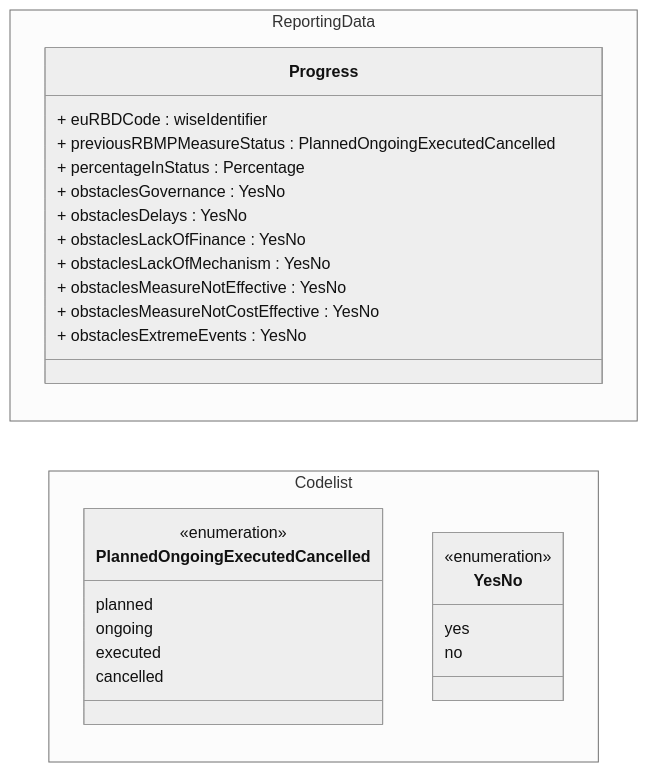
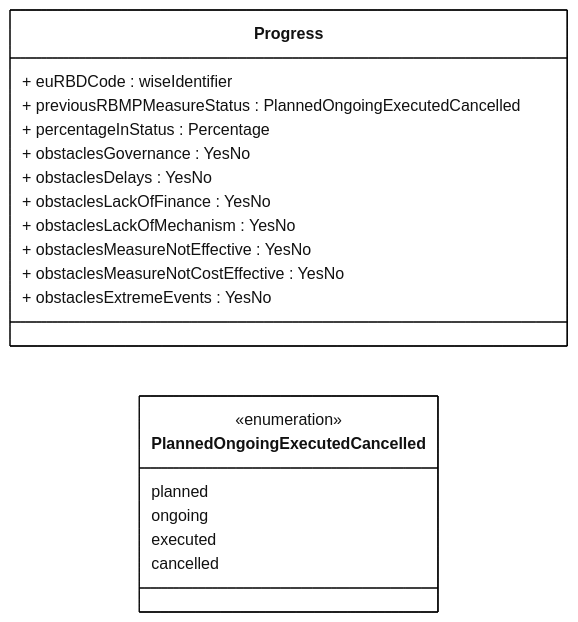
The diagram in docs/DataModelReview/mmd/Measures_Progress_4thCycle_ClassDiagram.mmd (eeadata/WISE.WFD.Documentation), drawn with Mermaid before and after one commit. The commit also changed 17 other files, not shown here.

Commit message:
Revised diagrams

```diff
--- a/docs/DataModelReview/mmd/Measures_Progress_4thCycle_ClassDiagram.mmd
+++ b/docs/DataModelReview/mmd/Measures_Progress_4thCycle_ClassDiagram.mmd
@@ -1,35 +1,36 @@
-%%{init : {'theme' : 'neutral'}}%%
+---
+config:
+  class:
+    hideEmptyMembersBox: true
+  layout: dagre
+  theme: neutral
+---
 classDiagram
 direction LR
-namespace ReportingData{
+
 class Progress{
 + euRBDCode :  wiseIdentifier
 
 + previousRBMPMeasureStatus : PlannedOngoingExecutedCancelled
 + percentageInStatus : Percentage
 
 + obstaclesGovernance : YesNo
 + obstaclesDelays : YesNo
 + obstaclesLackOfFinance : YesNo
 + obstaclesLackOfMechanism : YesNo
 + obstaclesMeasureNotEffective : YesNo
 + obstaclesMeasureNotCostEffective : YesNo
 + obstaclesExtremeEvents : YesNo
 
 }
-}
 
-namespace Codelist{
 class PlannedOngoingExecutedCancelled{
     <<enumeration>>
     planned
     ongoing
     executed
     cancelled
     }
-class YesNo{
-    <<enumeration>>
-    yes
-    no
-    }
-}
+
+classDef default fill:white,stroke:#000;
+classDef forFixing fill:white,stroke:#f00;
```
